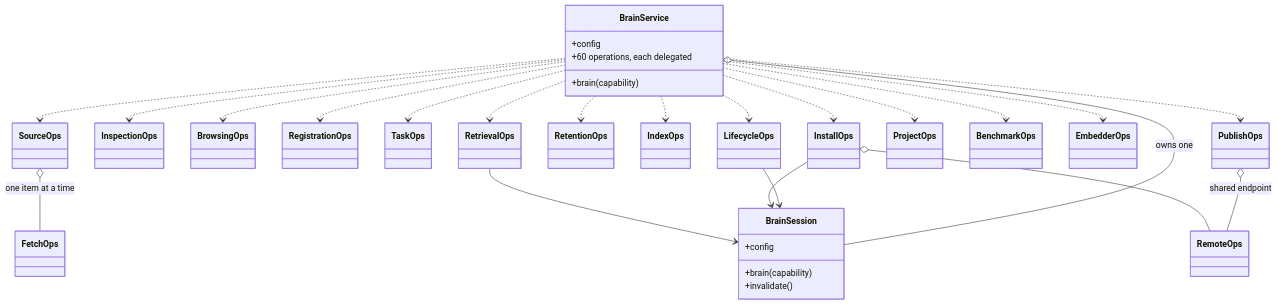
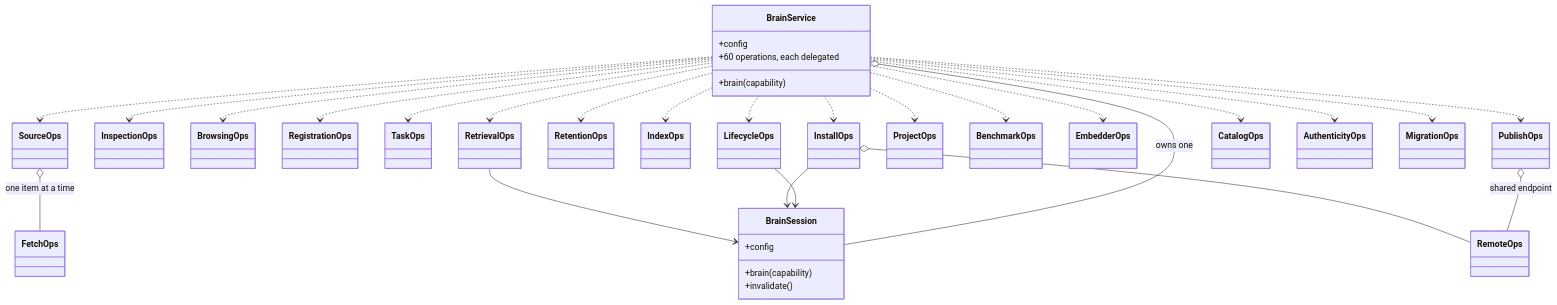
One commit to getsfumato/vitruvio changed the diagram in docs/architecture.md. Above: the diagram before and after it, drawn with Mermaid. The commit also changed other lines of this file and 14 other files, not shown here.

````diff
--- a/docs/architecture.md
+++ b/docs/architecture.md
@@ -38,34 +38,37 @@
 ```mermaid
 classDiagram
     class BrainService {
         +config
         +brain(capability)
         +60 operations, each delegated
     }
     class BrainSession {
         +config
         +brain(capability)
         +invalidate()
     }
     BrainService o-- BrainSession : owns one
     BrainService ..> LifecycleOps
     BrainService ..> InspectionOps
     BrainService ..> BrowsingOps
     BrainService ..> RegistrationOps
     BrainService ..> TaskOps
     BrainService ..> SourceOps
     BrainService ..> RetentionOps
     BrainService ..> IndexOps
     BrainService ..> PublishOps
     BrainService ..> InstallOps
     BrainService ..> ProjectOps
     BrainService ..> BenchmarkOps
     BrainService ..> EmbedderOps
     BrainService ..> RetrievalOps
+    BrainService ..> CatalogOps
+    BrainService ..> AuthenticityOps
+    BrainService ..> MigrationOps
     SourceOps o-- FetchOps : one item at a time
     PublishOps o-- RemoteOps : shared endpoint
     InstallOps o-- RemoteOps
     LifecycleOps --> BrainSession
     InstallOps --> BrainSession
     RetrievalOps --> BrainSession
 ```
````
